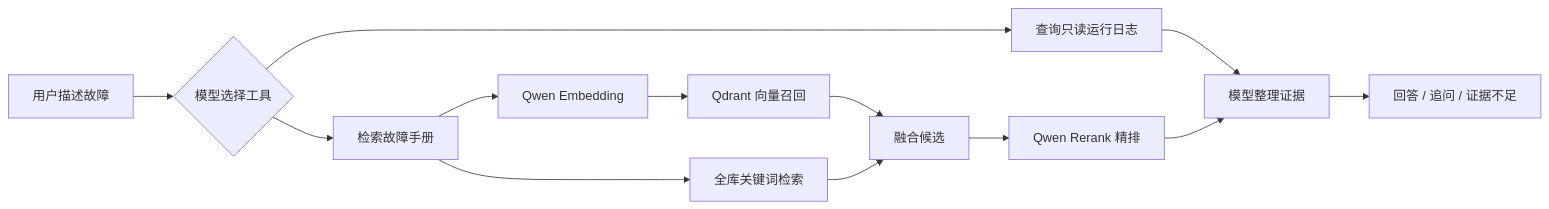
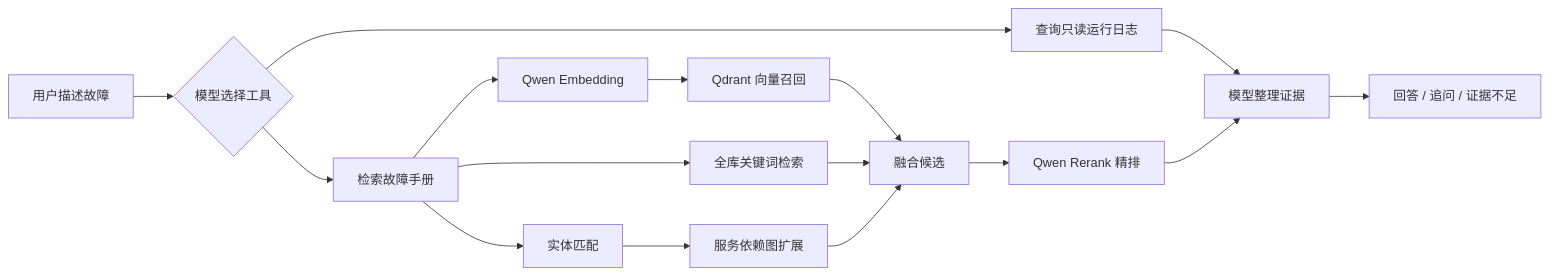
One commit to chillin-avid/miniops-agent changed the diagram in README.md. Above: the diagram before and after it, drawn with Mermaid. The commit also changed other lines of this file and 8 other files, not shown here.

Commit message:
Add knowledge graph enhanced retrieval

````diff
--- a/README.md
+++ b/README.md
@@ -16,15 +17,18 @@
 ```mermaid
 flowchart LR
     A[用户描述故障] --> B{模型选择工具}
     B --> C[查询只读运行日志]
     B --> D[检索故障手册]
     D --> E[Qwen Embedding]
     E --> F[Qdrant 向量召回]
     D --> G[全库关键词检索]
+    D --> L[实体匹配]
+    L --> M[服务依赖图扩展]
     F --> H[融合候选]
     G --> H
+    M --> H
     H --> I[Qwen Rerank 精排]
     C --> J[模型整理证据]
     I --> J
     J --> K[回答 / 追问 / 证据不足]
 ```
````
